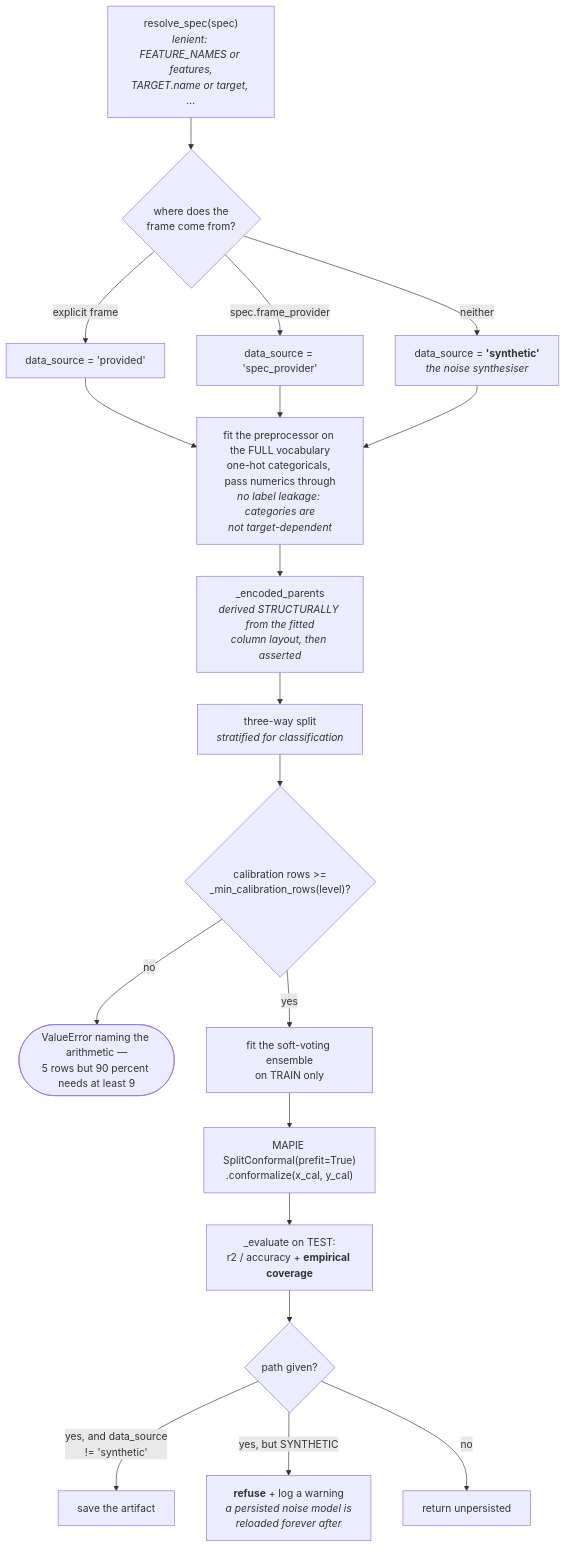
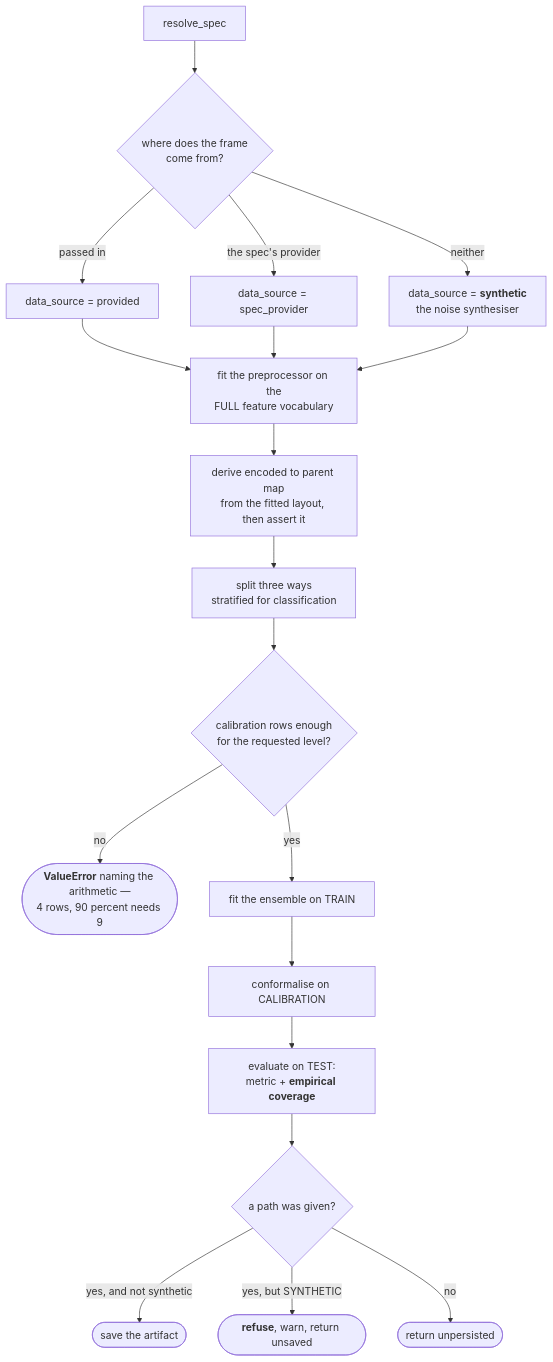
Before and after one commit to yrevash/aegis: the second of 5 diagrams in docs/teaching/ml/40-diagrams.md, drawn with Mermaid. The commit also changed other lines of this file and 111 other files, not shown here.

````diff
--- a/docs/teaching/ml/40-diagrams.md
+++ b/docs/teaching/ml/40-diagrams.md
@@ -39,28 +42,26 @@
 ```mermaid
 flowchart TB
-    SPEC["resolve_spec(spec)<br/><i>lenient: FEATURE_NAMES or features,<br/>TARGET.name or target, ...</i>"] --> SRC{"where does the<br/>frame come from?"}
-
-    SRC -->|"explicit frame"| P1["data_source = 'provided'"]
-    SRC -->|"spec.frame_provider"| P2["data_source = 'spec_provider'"]
-    SRC -->|"neither"| P3["data_source = <b>'synthetic'</b><br/><i>the noise synthesiser</i>"]
+    SPEC["resolve_spec"] --> SRC{"where does the frame<br/>come from?"}
+    SRC -->|"passed in"| P1["data_source = provided"]
+    SRC -->|"the spec's provider"| P2["data_source = spec_provider"]
+    SRC -->|neither| P3["data_source = <b>synthetic</b><br/>the noise synthesiser"]
 
     P1 --> ENC
     P2 --> ENC
     P3 --> ENC
 
-    ENC["fit the preprocessor on the FULL vocabulary<br/>one-hot categoricals, pass numerics through<br/><i>no label leakage: categories are<br/>not target-dependent</i>"]
-    ENC --> PAR["_encoded_parents<br/><i>derived STRUCTURALLY from the fitted<br/>column layout, then asserted</i>"]
+    ENC["fit the preprocessor on the<br/>FULL feature vocabulary"] --> PAR["derive encoded to parent map<br/>from the fitted layout, then assert it"]
+    PAR --> SPLIT["split three ways<br/>stratified for classification"]
 
-    PAR --> SPLIT["three-way split<br/><i>stratified for classification</i>"]
-    SPLIT --> MIN{"calibration rows >=<br/>_min_calibration_rows(level)?"}
-    MIN -->|no| ERR(["ValueError naming the arithmetic —<br/>5 rows but 90 percent needs at least 9"])
-    MIN -->|yes| FIT["fit the soft-voting ensemble<br/>on TRAIN only"]
+    SPLIT --> MIN{"calibration rows enough<br/>for the requested level?"}
+    MIN -->|no| ERR(["<b>ValueError</b> naming the arithmetic —<br/>4 rows, 90 percent needs 9"])
+    MIN -->|yes| FIT["fit the ensemble on TRAIN"]
 
-    FIT --> CONF["MAPIE SplitConformal(prefit=True)<br/>.conformalize(x_cal, y_cal)"]
-    CONF --> EVAL["_evaluate on TEST:<br/>r2 / accuracy + <b>empirical coverage</b>"]
+    FIT --> CONF["conformalise on CALIBRATION"]
+    CONF --> EVAL["evaluate on TEST:<br/>metric + <b>empirical coverage</b>"]
 
-    EVAL --> SAVE{"path given?"}
-    SAVE -->|"yes, and data_source<br/>!= 'synthetic'"| W["save the artifact"]
-    SAVE -->|"yes, but SYNTHETIC"| REF["<b>refuse</b> + log a warning<br/><i>a persisted noise model is<br/>reloaded forever after</i>"]
-    SAVE -->|no| SKIP["return unpersisted"]
+    EVAL --> SAVE{"a path was given?"}
+    SAVE -->|"yes, and not synthetic"| W(["save the artifact"])
+    SAVE -->|"yes, but SYNTHETIC"| REF(["<b>refuse</b>, warn, return unsaved"])
+    SAVE -->|no| SKIP(["return unpersisted"])
 ```
````
